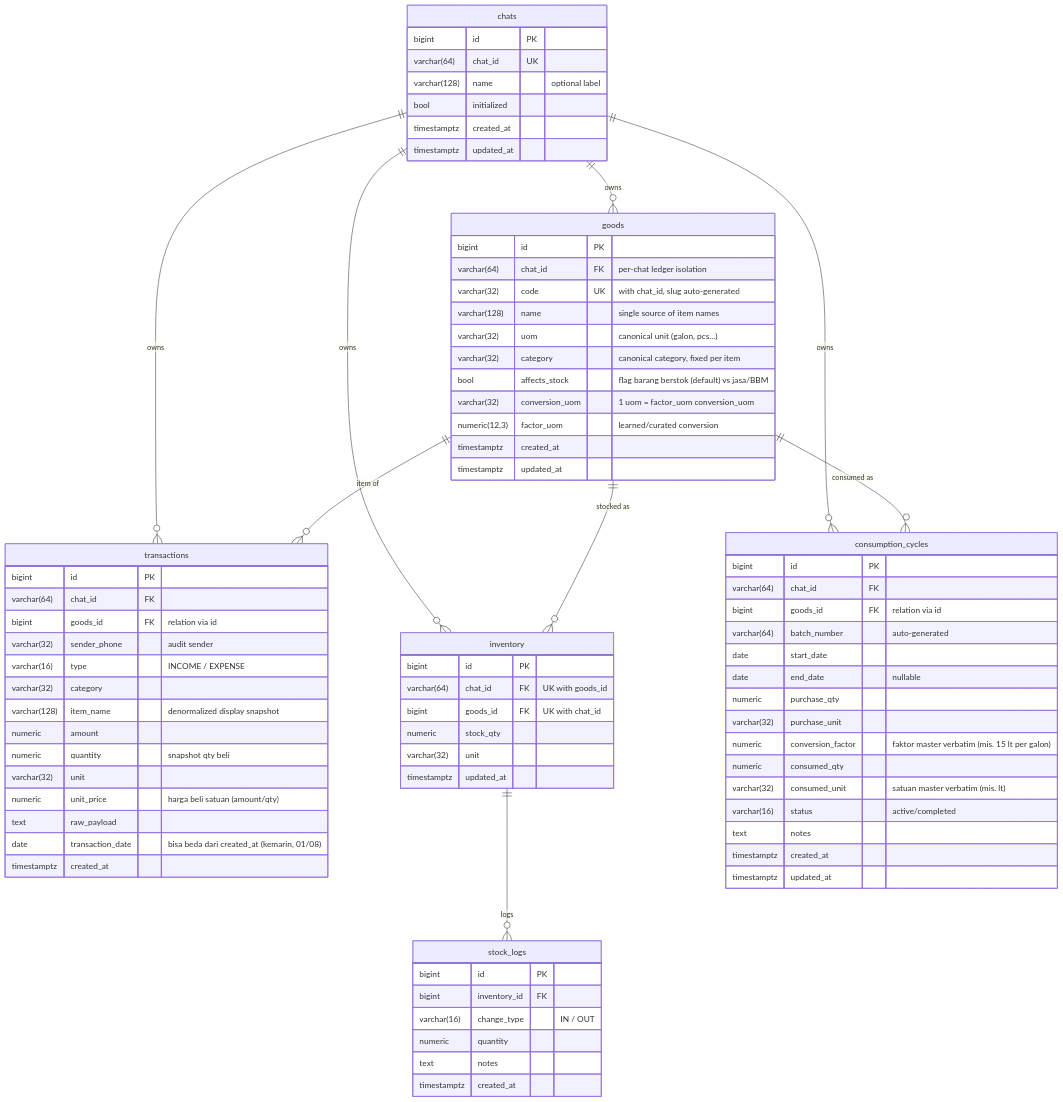
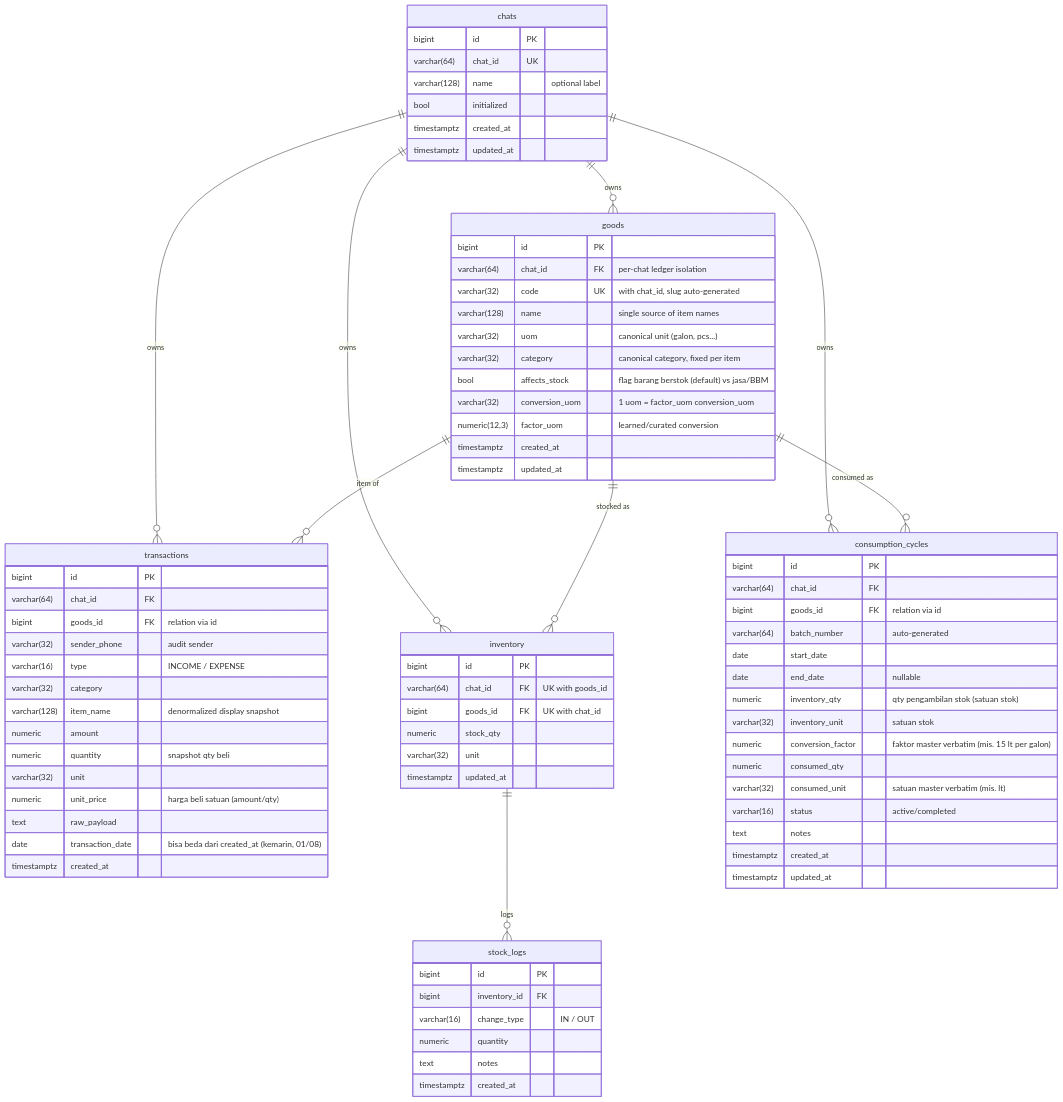
The fourth of 4 diagrams in README.md (skyapps-id/smart-ledger-agent), drawn with Mermaid before and after one commit. The commit also changed 11 other files, not shown here.

First line of the commit message:
Rename consumption purchase fields to inventory; drop dead code

````diff
--- a/README.md
+++ b/README.md
@@ -330,82 +330,82 @@
 ```mermaid
 erDiagram
     chats ||--o{ goods : owns
     chats ||--o{ transactions : owns
     chats ||--o{ inventory : owns
     chats ||--o{ consumption_cycles : owns
     goods ||--o{ transactions : "item of"
     goods ||--o{ inventory : "stocked as"
     goods ||--o{ consumption_cycles : "consumed as"
     inventory ||--o{ stock_logs : logs
 
     chats {
         bigint id PK
         varchar(64) chat_id UK
         varchar(128) name "optional label"
         bool initialized
         timestamptz created_at
         timestamptz updated_at
     }
     goods {
         bigint id PK
         varchar(64) chat_id FK "per-chat ledger isolation"
         varchar(32) code UK "with chat_id, slug auto-generated"
         varchar(128) name "single source of item names"
         varchar(32) uom "canonical unit (galon, pcs...)"
         varchar(32) category "canonical category, fixed per item"
         bool affects_stock "flag barang berstok (default) vs jasa/BBM"
         varchar(32) conversion_uom "1 uom = factor_uom conversion_uom"
         numeric(12,3) factor_uom "learned/curated conversion"
         timestamptz created_at
         timestamptz updated_at
     }
     transactions {
         bigint id PK
         varchar(64) chat_id FK
         bigint goods_id FK "relation via id"
         varchar(32) sender_phone "audit sender"
         varchar(16) type "INCOME / EXPENSE"
         varchar(32) category
         varchar(128) item_name "denormalized display snapshot"
         numeric amount
         numeric quantity "snapshot qty beli"
         varchar(32) unit
         numeric unit_price "harga beli satuan (amount/qty)"
         text raw_payload
         date transaction_date "bisa beda dari created_at (kemarin, 01/08)"
         timestamptz created_at
     }
     inventory {
         bigint id PK
         varchar(64) chat_id FK "UK with goods_id"
         bigint goods_id FK "UK with chat_id"
         numeric stock_qty
         varchar(32) unit
         timestamptz updated_at
     }
     stock_logs {
         bigint id PK
         bigint inventory_id FK
         varchar(16) change_type "IN / OUT"
         numeric quantity
         text notes
         timestamptz created_at
     }
     consumption_cycles {
         bigint id PK
         varchar(64) chat_id FK
         bigint goods_id FK "relation via id"
         varchar(64) batch_number "auto-generated"
         date start_date
         date end_date "nullable"
-        numeric purchase_qty
-        varchar(32) purchase_unit
+        numeric inventory_qty "qty pengambilan stok (satuan stok)"
+        varchar(32) inventory_unit "satuan stok"
         numeric conversion_factor "faktor master verbatim (mis. 15 lt per galon)"
         numeric consumed_qty
         varchar(32) consumed_unit "satuan master verbatim (mis. lt)"
         varchar(16) status "active/completed"
         text notes
         timestamptz created_at
         timestamptz updated_at
     }
 ```
````
